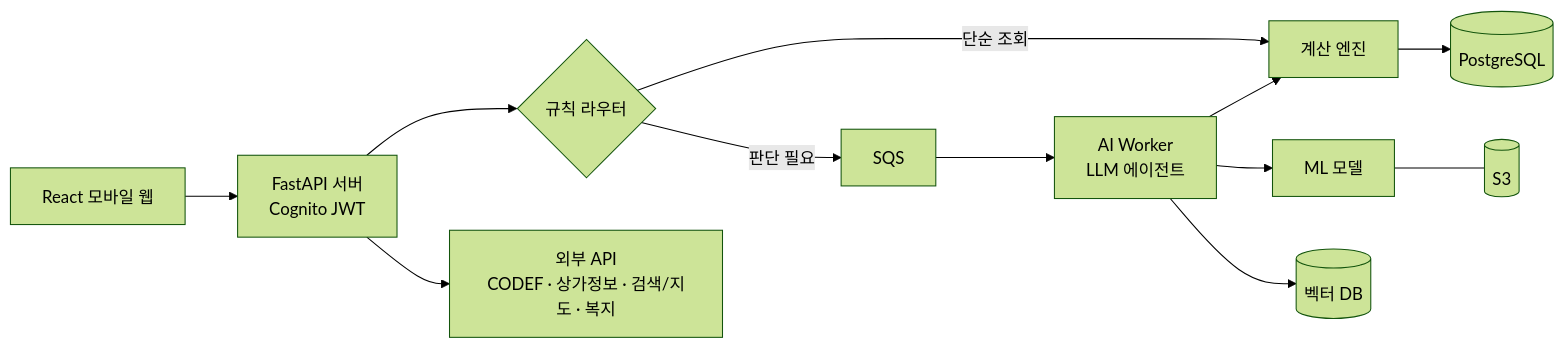
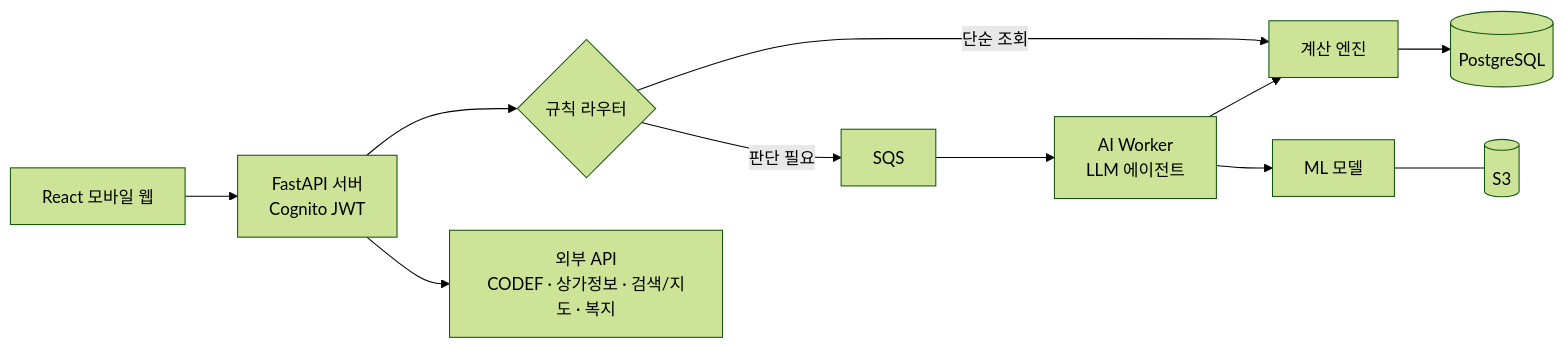
Before and after one commit to 20260528-skn-family-ai-33/SKN33-Final-4Team: the diagram in README.md, drawn with Mermaid (forest theme). The commit also changed other lines of this file, not shown here.

````diff
--- a/README.md
+++ b/README.md
@@ -47,13 +48,12 @@
 ```mermaid
 flowchart LR
     U[React 모바일 웹] --> API[FastAPI 서버<br/>Cognito JWT]
     API --> R{규칙 라우터}
     R -- 단순 조회 --> E[계산 엔진]
     R -- 판단 필요 --> Q[SQS] --> W[AI Worker<br/>LLM 에이전트]
     W --> E
     W --> ML[ML 모델]
     E --> DB[(PostgreSQL)]
-    W --> V[(벡터 DB)]
     ML --- S3[(S3)]
     API --> EXT[외부 API<br/>CODEF · 상가정보 · 검색/지도 · 복지]
 ```
````
